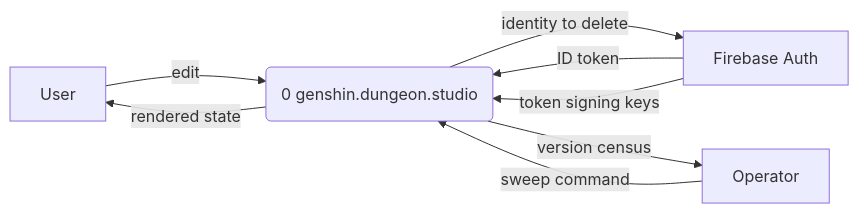
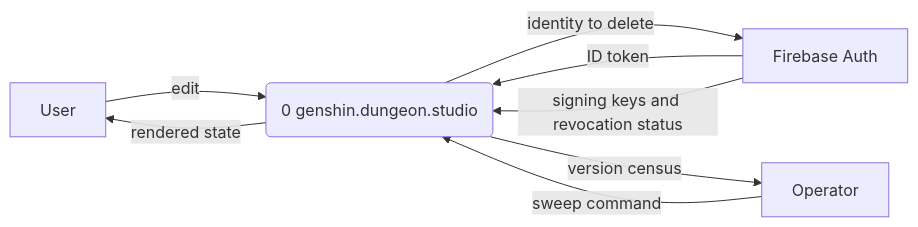
Before and after one commit to dungeon-studio/genshin.dungeon.studio: the first of 2 diagrams in docs/reference/data-flow.md, drawn with Mermaid. The commit also changed other lines of this file and 2 other files, not shown here.

First line of the commit message:
docs: correct data flow claims from a source fact check

````diff
--- a/docs/reference/data-flow.md
+++ b/docs/reference/data-flow.md
@@ -24,16 +27,16 @@
 ```mermaid
 flowchart LR
   user[User]
   firebaseAuth[Firebase Auth]
   operator[Operator]
 
   system(0 genshin.dungeon.studio)
 
   user -->|edit| system
   system -->|rendered state| user
   firebaseAuth -->|ID token| system
-  firebaseAuth -->|token signing keys| system
+  firebaseAuth -->|signing keys and revocation status| system
   system -->|identity to delete| firebaseAuth
   operator -->|sweep command| system
   system -->|version census| operator
 ```
````
